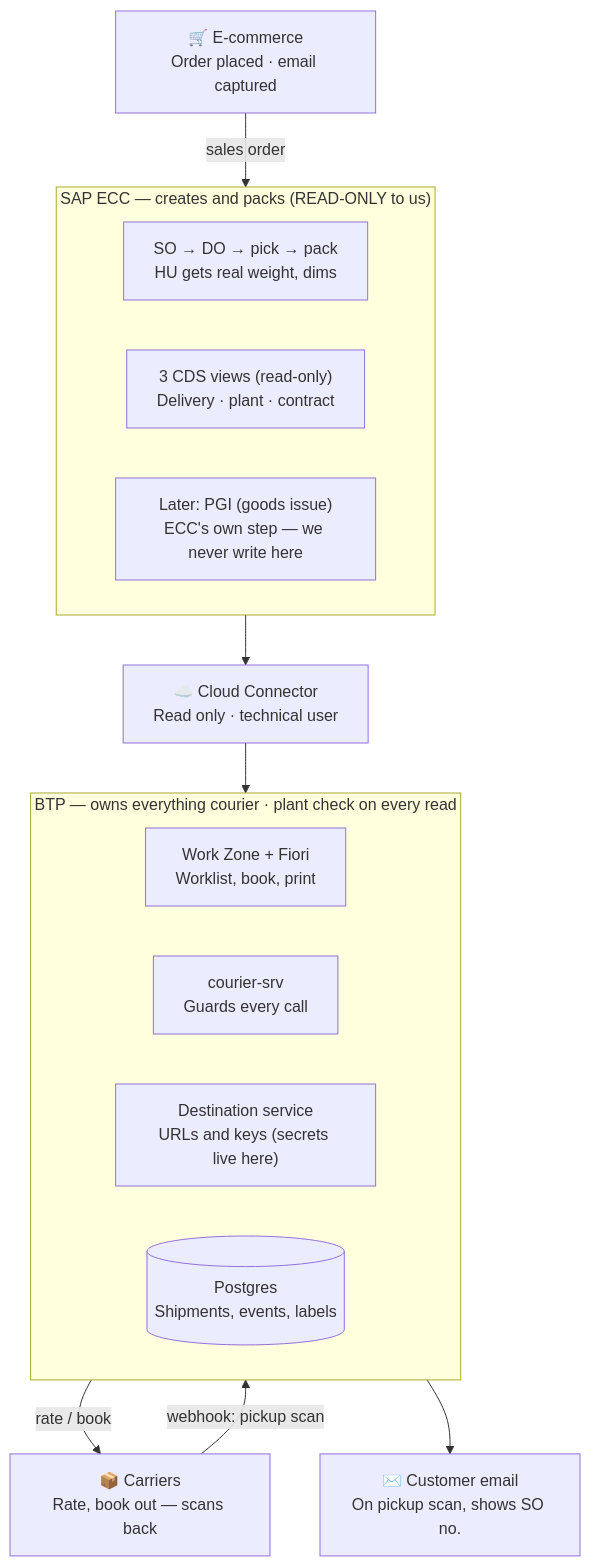
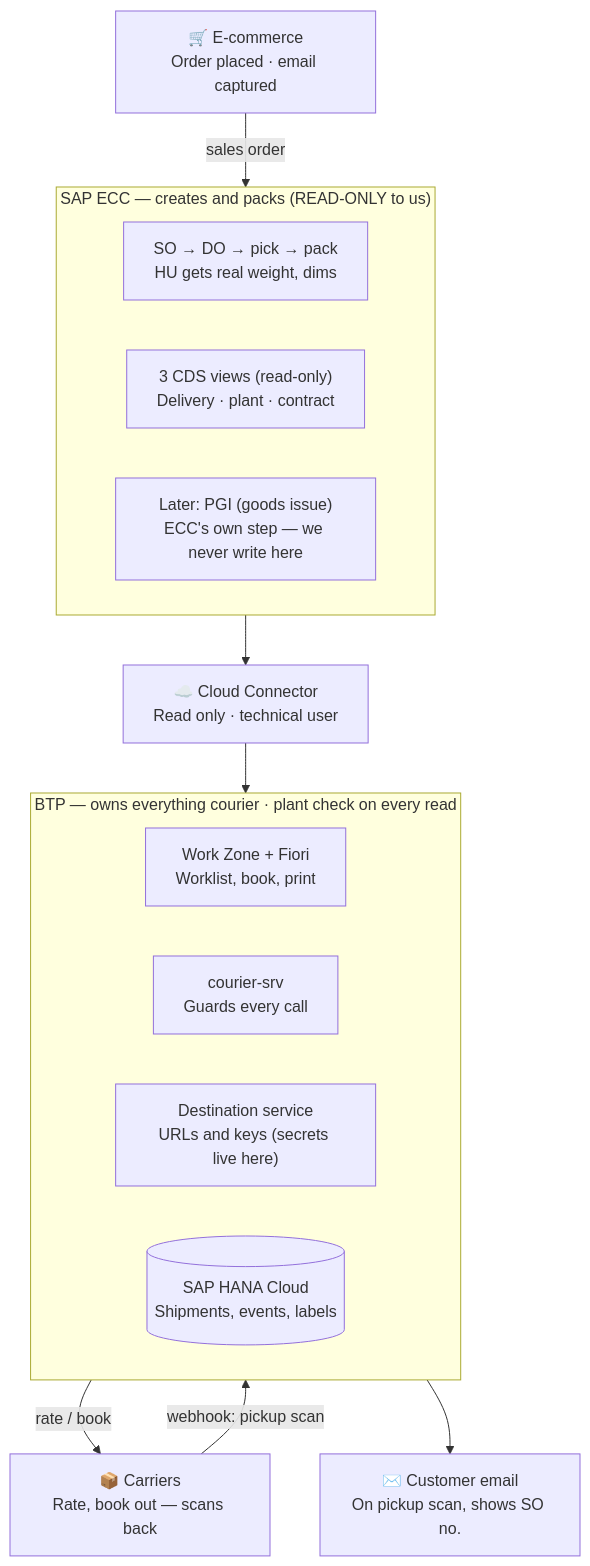
One commit to TeruSin71/E-commerce-Customer-Email changed the diagram in docs/01-Courier-Process-and-Architecture.md. Above: the diagram before and after it, drawn with Mermaid. The commit also changed other lines of this file and 8 other files, not shown here.

First line of the commit message:
docs: migrate data layer Postgres -> SAP HANA Cloud (#10)

````diff
--- a/docs/01-Courier-Process-and-Architecture.md
+++ b/docs/01-Courier-Process-and-Architecture.md
@@ -39,28 +39,28 @@
 ```mermaid
 flowchart TB
   EC["🛒 E-commerce<br/>Order placed · email captured"]
 
   subgraph ECC["SAP ECC — creates and packs (READ-ONLY to us)"]
     SODO["SO → DO → pick → pack<br/>HU gets real weight, dims"]
     CDS["3 CDS views (read-only)<br/>Delivery · plant · contract"]
     PGI["Later: PGI (goods issue)<br/>ECC's own step — we never write here"]
   end
 
   CC["☁️ Cloud Connector<br/>Read only · technical user"]
 
   subgraph BTP["BTP — owns everything courier · plant check on every read"]
     WZ["Work Zone + Fiori<br/>Worklist, book, print"]
     SRV["courier-srv<br/>Guards every call"]
     DEST["Destination service<br/>URLs and keys (secrets live here)"]
-    PG[("Postgres<br/>Shipments, events, labels")]
+    PG[("SAP HANA Cloud<br/>Shipments, events, labels")]
   end
 
   CAR["📦 Carriers<br/>Rate, book out — scans back"]
   MAIL["✉️ Customer email<br/>On pickup scan, shows SO no."]
 
   EC -->|sales order| ECC
   ECC --> CC --> BTP
   BTP -->|rate / book| CAR
   CAR -->|webhook: pickup scan| BTP
   BTP --> MAIL
 ```
````
